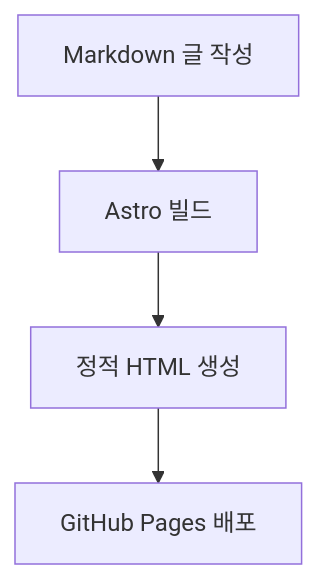
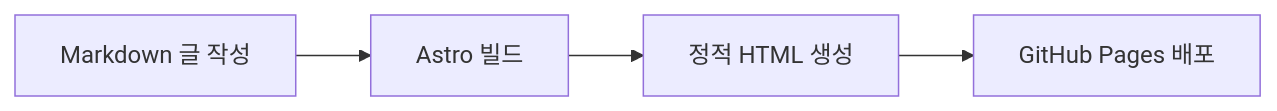
One commit to ohtaehyun/ohtaehyun.github.io changed the diagram in src/content/posts/first-note.md. Above: the diagram before and after it, drawn with Mermaid. The commit also changed 2 other files, not shown here.

Commit message:
fix: mermaid css 수정

````diff
--- a/src/content/posts/first-note.md
+++ b/src/content/posts/first-note.md
@@ -18,6 +18,6 @@
 ```mermaid
-flowchart TD
+flowchart LR
   A[Markdown 글 작성] --> B[Astro 빌드]
   B --> C[정적 HTML 생성]
   C --> D[GitHub Pages 배포]
 ```
````
